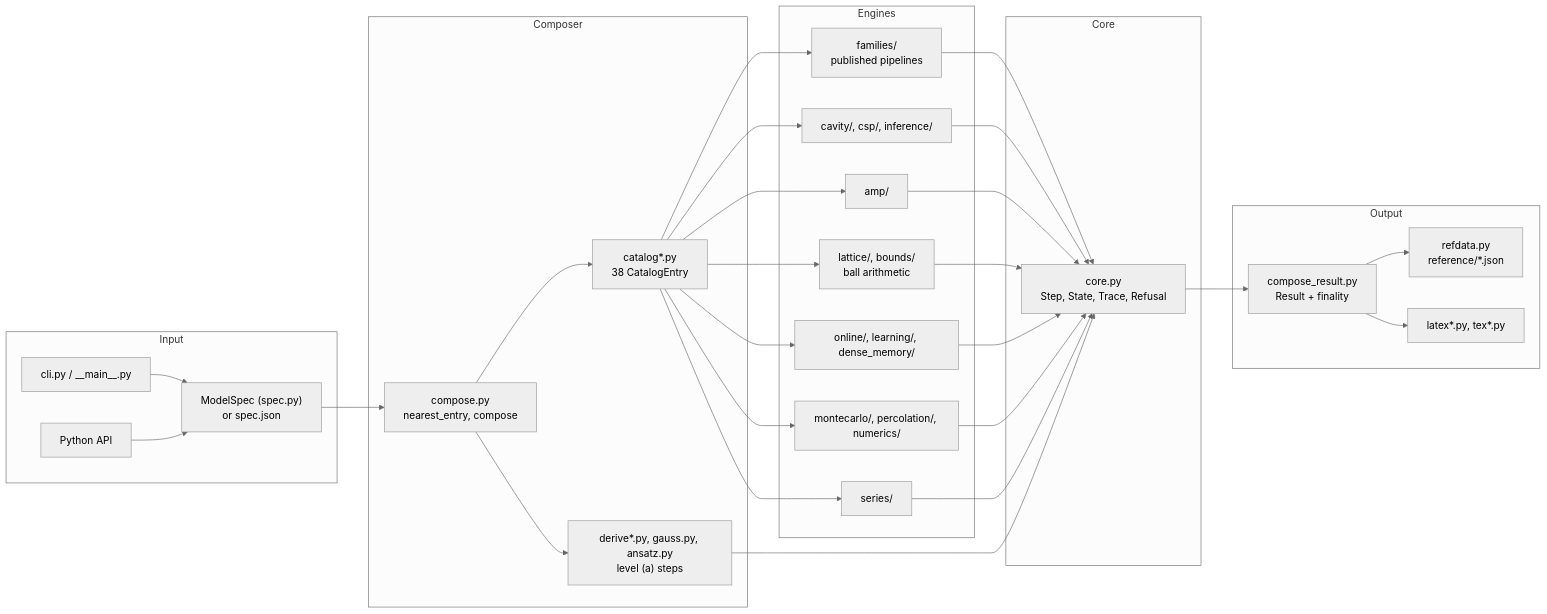
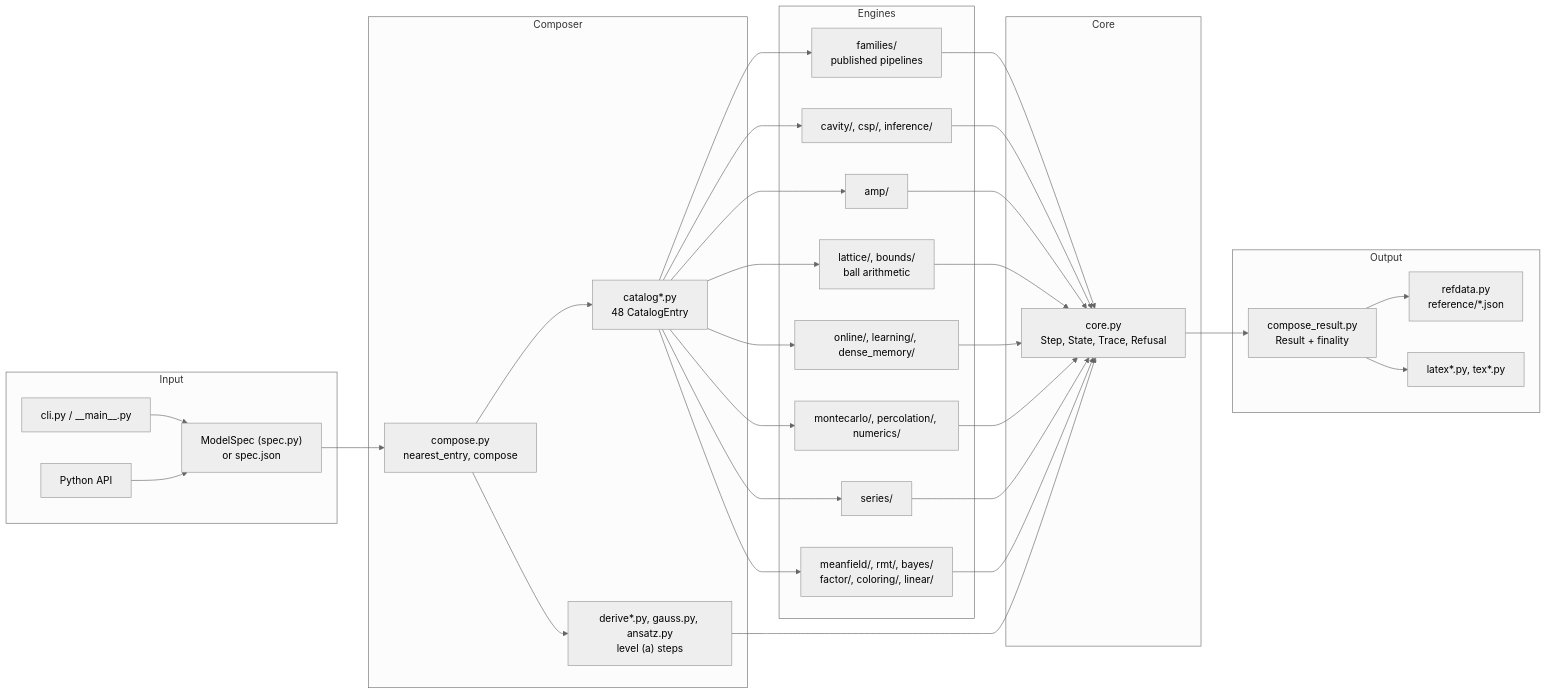
One commit to ACS-USP/replicant changed the first of 2 diagrams in docs/wiki/Architecture-Overview.md. Above: the diagram before and after it, drawn with Mermaid (neutral theme). The commit also changed 12 other files, not shown here.

````diff
--- a/docs/wiki/Architecture-Overview.md
+++ b/docs/wiki/Architecture-Overview.md
@@ -7,40 +7,41 @@
 ```mermaid
 flowchart LR
     subgraph Input
         CLI["cli.py / __main__.py"]
         API["Python API"]
         SPEC["ModelSpec (spec.py)<br/>or spec.json"]
     end
     subgraph Composer
         COMP["compose.py<br/>nearest_entry, compose"]
-        CAT["catalog*.py<br/>38 CatalogEntry"]
+        CAT["catalog*.py<br/>48 CatalogEntry"]
         LA["derive*.py, gauss.py, ansatz.py<br/>level (a) steps"]
     end
     subgraph Engines
         FAM["families/<br/>published pipelines"]
         CAV["cavity/, csp/, inference/"]
         AMP["amp/"]
         LAT["lattice/, bounds/<br/>ball arithmetic"]
         ONL["online/, learning/, dense_memory/"]
         SMP["montecarlo/, percolation/, numerics/"]
         SER["series/"]
+        KZN["meanfield/, rmt/, bayes/<br/>factor/, coloring/, linear/"]
     end
     subgraph Core
         CORE["core.py<br/>Step, State, Trace, Refusal"]
     end
     subgraph Output
         RES["compose_result.py<br/>Result + finality"]
         REF["refdata.py<br/>reference/*.json"]
         TEX["latex*.py, tex*.py"]
     end
     CLI --> SPEC
     API --> SPEC
     SPEC --> COMP
     COMP --> CAT
     COMP --> LA
-    CAT --> FAM & CAV & AMP & LAT & ONL & SMP & SER
-    FAM & CAV & AMP & LAT & ONL & SMP & SER & LA --> CORE
+    CAT --> FAM & CAV & AMP & LAT & ONL & SMP & SER & KZN
+    FAM & CAV & AMP & LAT & ONL & SMP & SER & KZN & LA --> CORE
     CORE --> RES
     RES --> REF
     RES --> TEX
 ```
````
